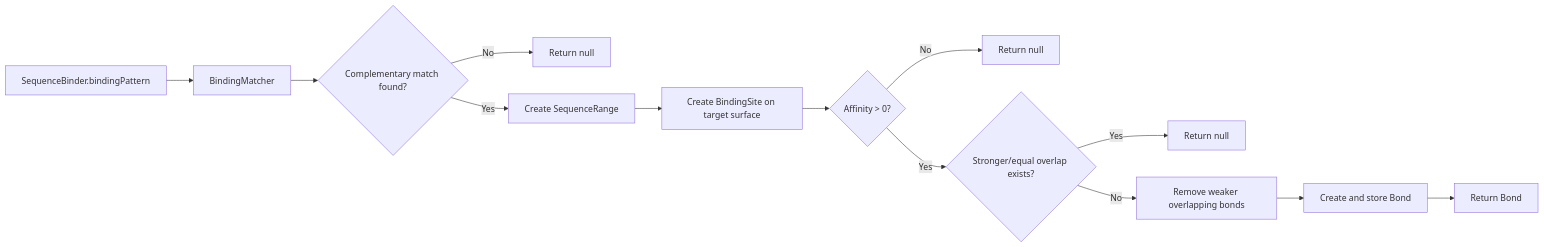
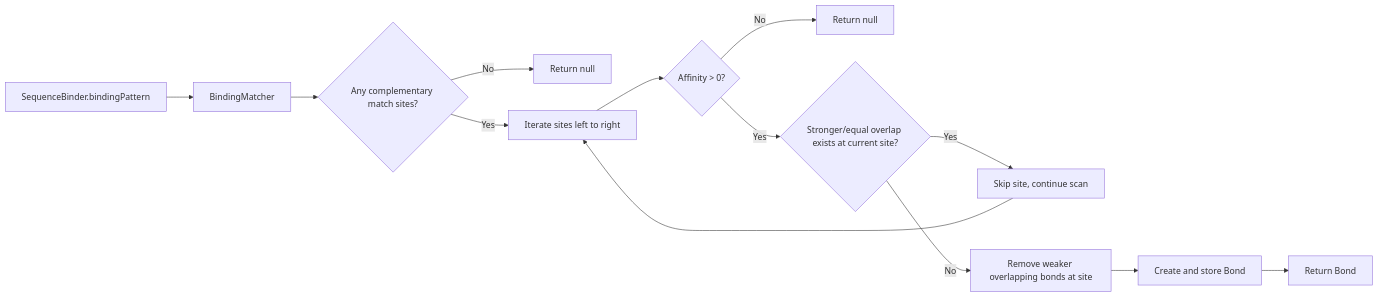
Before and after one commit to skasti/life-sim: the second of 2 diagrams in docs/biology/interactions/bonds.md, drawn with Mermaid. The commit also changed other lines of this file and 4 other files, not shown here.

Commit message:
Scan complementary binding sites for first viable bond (#27)

````diff
--- a/docs/biology/interactions/bonds.md
+++ b/docs/biology/interactions/bonds.md
@@ -214,15 +214,15 @@
 ```mermaid
 flowchart LR
     A[SequenceBinder.bindingPattern] --> B[BindingMatcher]
-    B --> C{Complementary match found?}
+    B --> C{Any complementary match sites?}
     C -- No --> D[Return null]
-    C -- Yes --> E[Create SequenceRange]
-    E --> F[Create BindingSite on target surface]
-    F --> G{Affinity > 0?}
-    G -- No --> H[Return null]
-    G -- Yes --> I{Stronger/equal overlap exists?}
-    I -- Yes --> J[Return null]
-    I -- No --> K[Remove weaker overlapping bonds]
-    K --> L[Create and store Bond]
-    L --> M[Return Bond]
+    C -- Yes --> E[Iterate sites left to right]
+    E --> F{Affinity > 0?}
+    F -- No --> G[Return null]
+    F -- Yes --> H{Stronger/equal overlap exists at current site?}
+    H -- Yes --> I[Skip site, continue scan]
+    H -- No --> J[Remove weaker overlapping bonds at site]
+    J --> K[Create and store Bond]
+    K --> L[Return Bond]
+    I --> E
 ```
````
